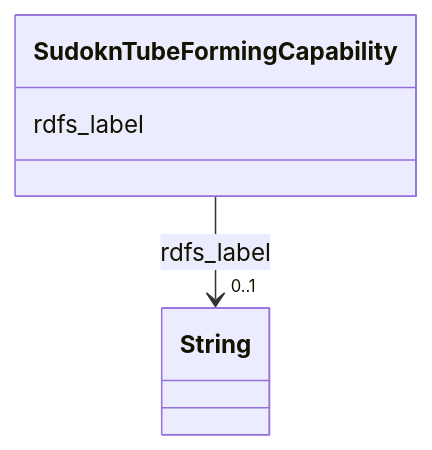
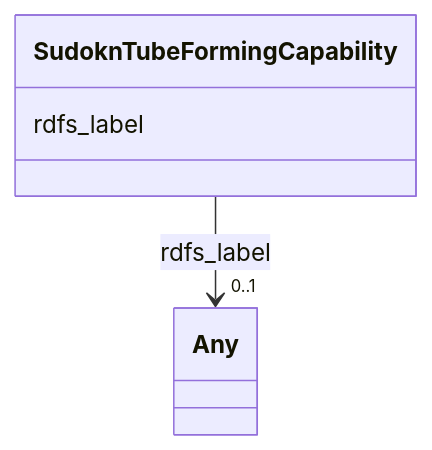
The diagram in sudokn-kg/classes/SudoknTubeFormingCapability.md (frink-okn/graph-descriptions), drawn with Mermaid before and after one commit. The commit also changed other lines of this file and 903 other files, not shown here.

````diff
--- a/sudokn-kg/classes/SudoknTubeFormingCapability.md
+++ b/sudokn-kg/classes/SudoknTubeFormingCapability.md
@@ -23,15 +18,15 @@
 ```mermaid
  classDiagram
     class SudoknTubeFormingCapability
     click SudoknTubeFormingCapability href "../SudoknTubeFormingCapability"
       SudoknTubeFormingCapability : rdfs_label
         
           
     
     
-    SudoknTubeFormingCapability --> "0..1" String : rdfs_label
-    click String href "../String"
+    SudoknTubeFormingCapability --> "0..1" Any : rdfs_label
+    click Any href "../Any"
 
         
       
 ```
````
